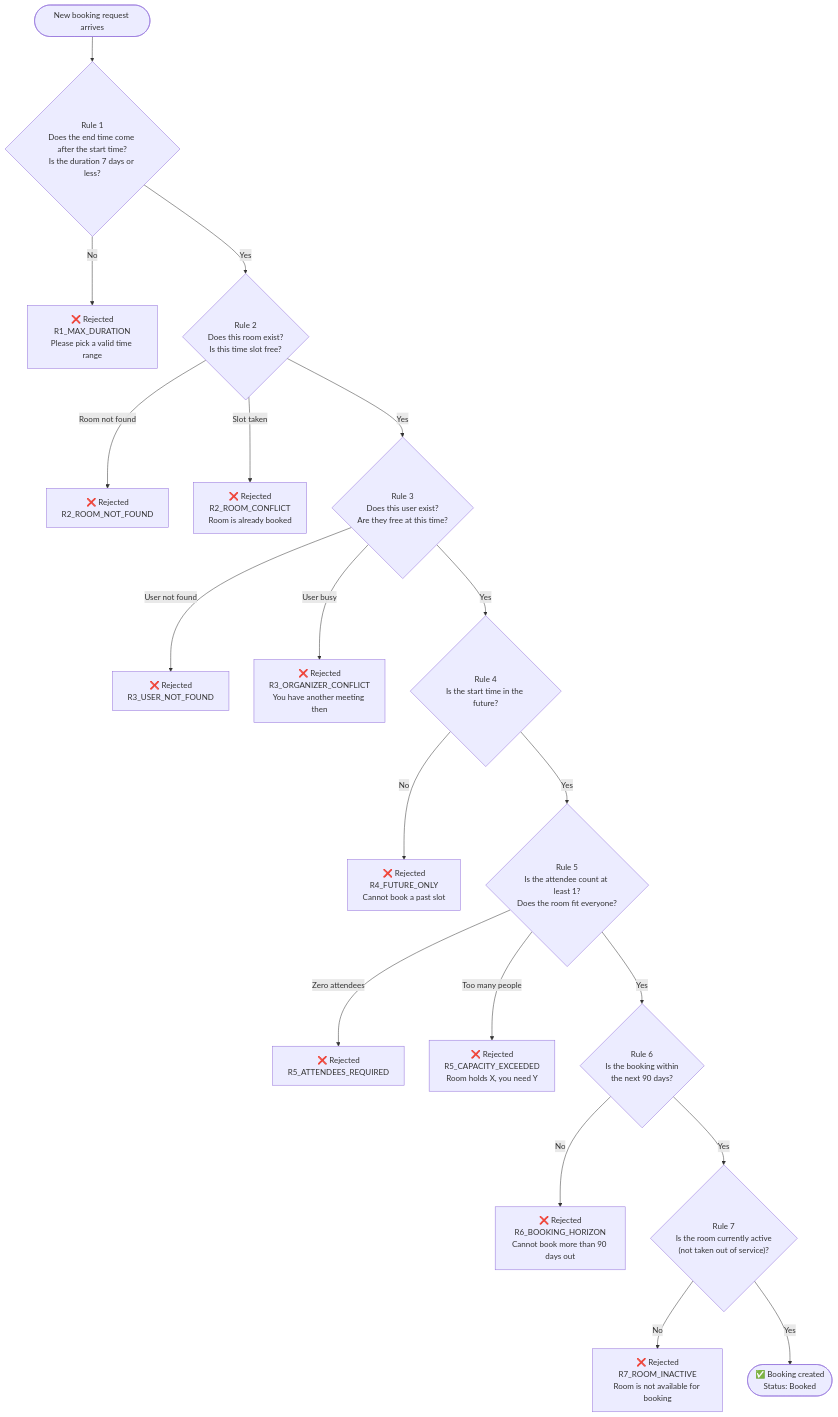
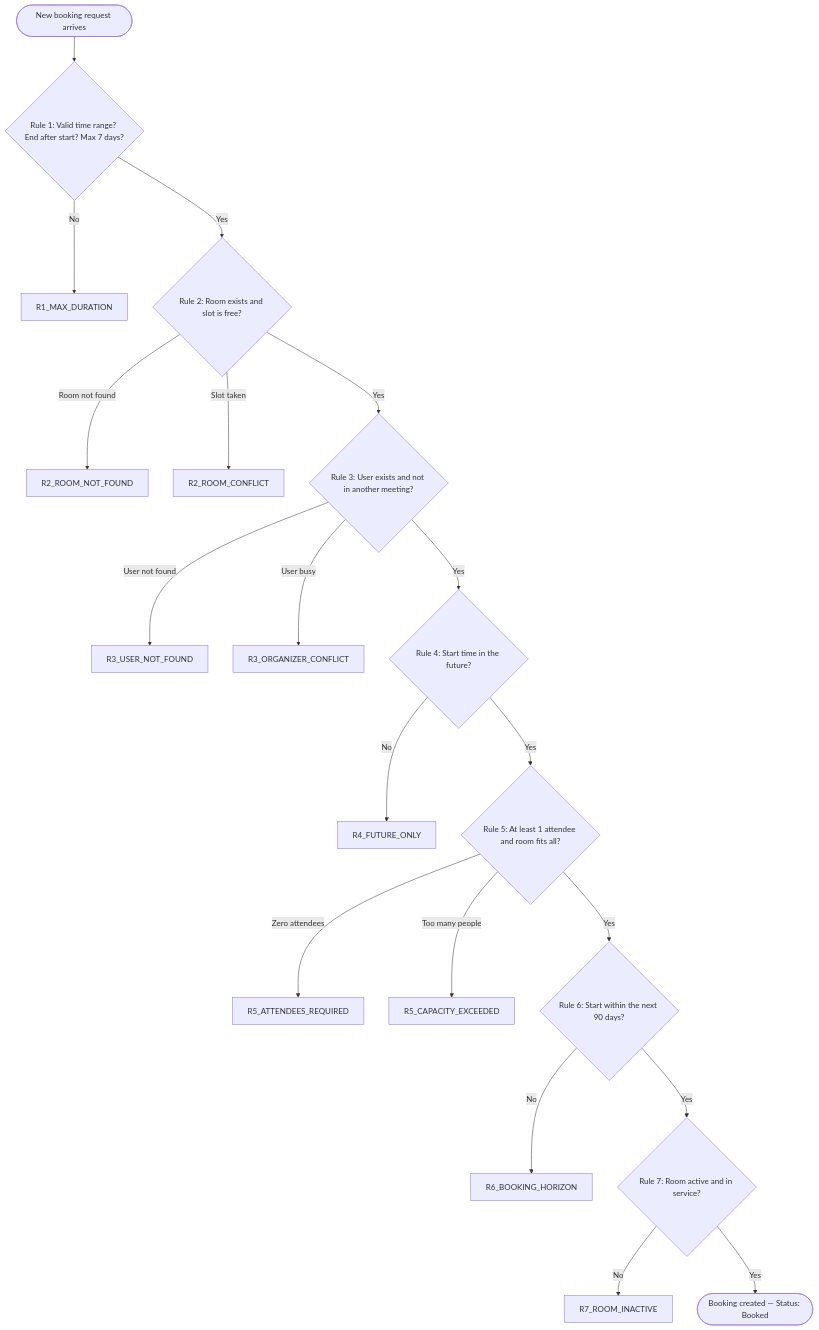
One commit to Amith-Ganta/room-reservation-system changed the sixth of 14 diagrams in SUBMISSION_REPORT.md. Above: the diagram before and after it, drawn with Mermaid. The commit also changed other lines of this file and 1 other file, not shown here.

First line of the commit message:
fix: remove \n from all mermaid diagrams for GitHub rendering

````diff
--- a/SUBMISSION_REPORT.md
+++ b/SUBMISSION_REPORT.md
@@ -228,35 +228,35 @@
 ```mermaid
 flowchart TD
     START([New booking request arrives]) --> R1
 
-    R1{"Rule 1\nDoes the end time come after the start time?\nIs the duration 7 days or less?"}
-    R1 -- No --> E1["❌ Rejected\nR1_MAX_DURATION\nPlease pick a valid time range"]
+    R1{"Rule 1: Valid time range? End after start? Max 7 days?"}
+    R1 -- No --> E1["R1_MAX_DURATION"]
     R1 -- Yes --> R2
 
-    R2{"Rule 2\nDoes this room exist?\nIs this time slot free?"}
-    R2 -- Room not found --> E2a["❌ Rejected\nR2_ROOM_NOT_FOUND"]
-    R2 -- Slot taken --> E2b["❌ Rejected\nR2_ROOM_CONFLICT\nRoom is already booked"]
+    R2{"Rule 2: Room exists and slot is free?"}
+    R2 -- Room not found --> E2a["R2_ROOM_NOT_FOUND"]
+    R2 -- Slot taken --> E2b["R2_ROOM_CONFLICT"]
     R2 -- Yes --> R3
 
-    R3{"Rule 3\nDoes this user exist?\nAre they free at this time?"}
-    R3 -- User not found --> E3a["❌ Rejected\nR3_USER_NOT_FOUND"]
-    R3 -- User busy --> E3b["❌ Rejected\nR3_ORGANIZER_CONFLICT\nYou have another meeting then"]
+    R3{"Rule 3: User exists and not in another meeting?"}
+    R3 -- User not found --> E3a["R3_USER_NOT_FOUND"]
+    R3 -- User busy --> E3b["R3_ORGANIZER_CONFLICT"]
     R3 -- Yes --> R4
 
-    R4{"Rule 4\nIs the start time in the future?"}
-    R4 -- No --> E4["❌ Rejected\nR4_FUTURE_ONLY\nCannot book a past slot"]
+    R4{"Rule 4: Start time in the future?"}
+    R4 -- No --> E4["R4_FUTURE_ONLY"]
     R4 -- Yes --> R5
 
-    R5{"Rule 5\nIs the attendee count at least 1?\nDoes the room fit everyone?"}
-    R5 -- Zero attendees --> E5a["❌ Rejected\nR5_ATTENDEES_REQUIRED"]
-    R5 -- Too many people --> E5b["❌ Rejected\nR5_CAPACITY_EXCEEDED\nRoom holds X, you need Y"]
+    R5{"Rule 5: At least 1 attendee and room fits all?"}
+    R5 -- Zero attendees --> E5a["R5_ATTENDEES_REQUIRED"]
+    R5 -- Too many people --> E5b["R5_CAPACITY_EXCEEDED"]
     R5 -- Yes --> R6
 
-    R6{"Rule 6\nIs the booking within\nthe next 90 days?"}
-    R6 -- No --> E6["❌ Rejected\nR6_BOOKING_HORIZON\nCannot book more than 90 days out"]
+    R6{"Rule 6: Start within the next 90 days?"}
+    R6 -- No --> E6["R6_BOOKING_HORIZON"]
     R6 -- Yes --> R7
 
-    R7{"Rule 7\nIs the room currently active\n(not taken out of service)?"}
-    R7 -- No --> E7["❌ Rejected\nR7_ROOM_INACTIVE\nRoom is not available for booking"]
-    R7 -- Yes --> OK(["✅ Booking created\nStatus: Booked"])
+    R7{"Rule 7: Room active and in service?"}
+    R7 -- No --> E7["R7_ROOM_INACTIVE"]
+    R7 -- Yes --> OK(["Booking created — Status: Booked"])
 ```
````
